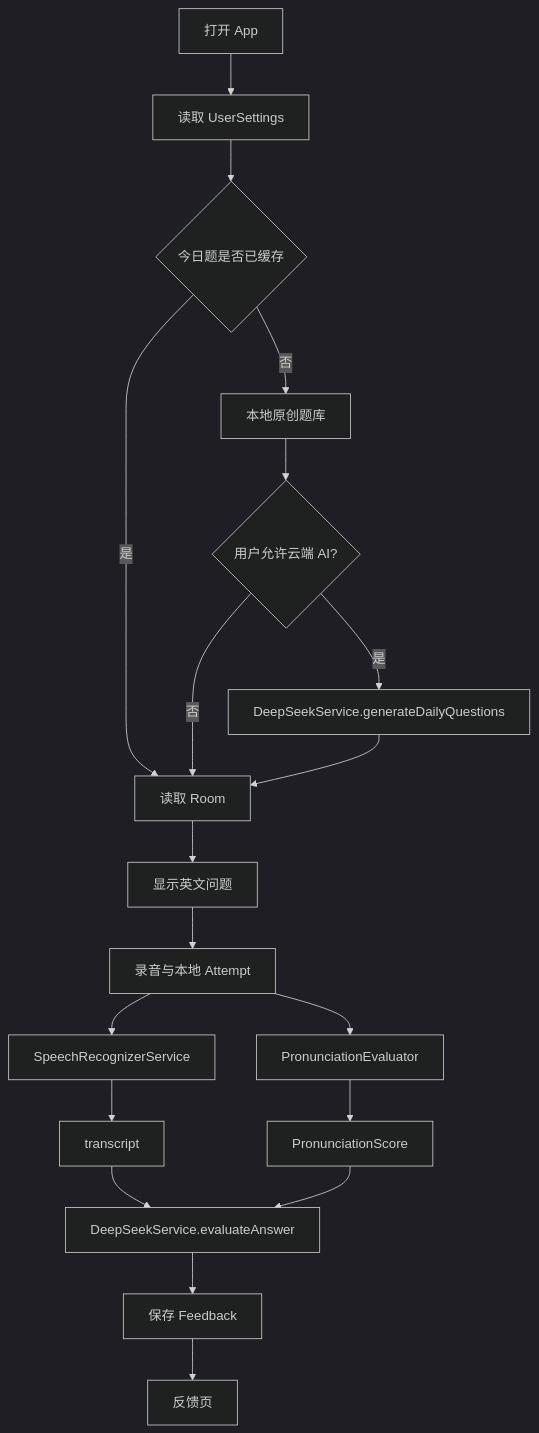
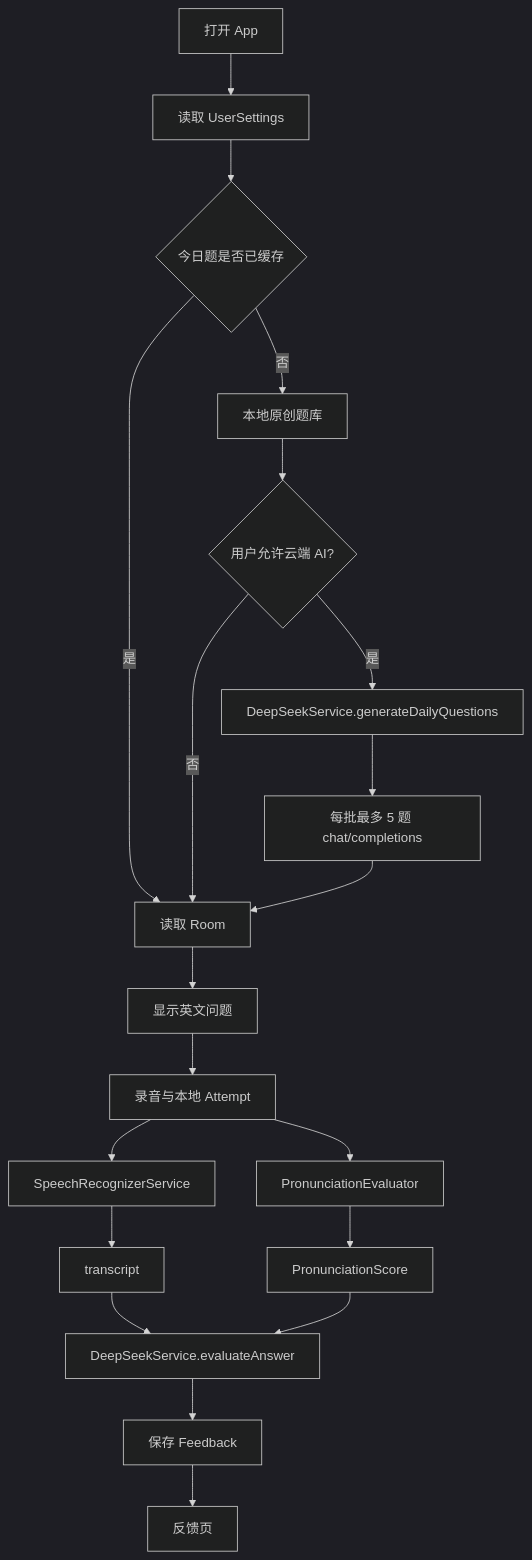
Before and after one commit to The-HAN/Daily-Speak: the second of 2 diagrams in PROJECT_STRUCTURE.md, drawn with Mermaid (dark theme). The commit also changed other lines of this file and 21 other files, not shown here.

````diff
--- a/PROJECT_STRUCTURE.md
+++ b/PROJECT_STRUCTURE.md
@@ -126,21 +127,22 @@
 ```mermaid
 flowchart TD
     A[打开 App] --> B[读取 UserSettings]
     B --> C{今日题是否已缓存}
     C -->|是| D[读取 Room]
     C -->|否| E[本地原创题库]
     E --> F{用户允许云端 AI?}
     F -->|是| G[DeepSeekService.generateDailyQuestions]
     F -->|否| D
-    G --> D
+    G --> BATCH[每批最多 5 题 chat/completions]
+    BATCH --> D
     D --> H[显示英文问题]
     H --> I[录音与本地 Attempt]
     I --> J[SpeechRecognizerService]
     J --> K[transcript]
     I --> L[PronunciationEvaluator]
     L --> M[PronunciationScore]
     K --> N[DeepSeekService.evaluateAnswer]
     M --> N
     N --> O[保存 Feedback]
     O --> P[反馈页]
 ```
````
